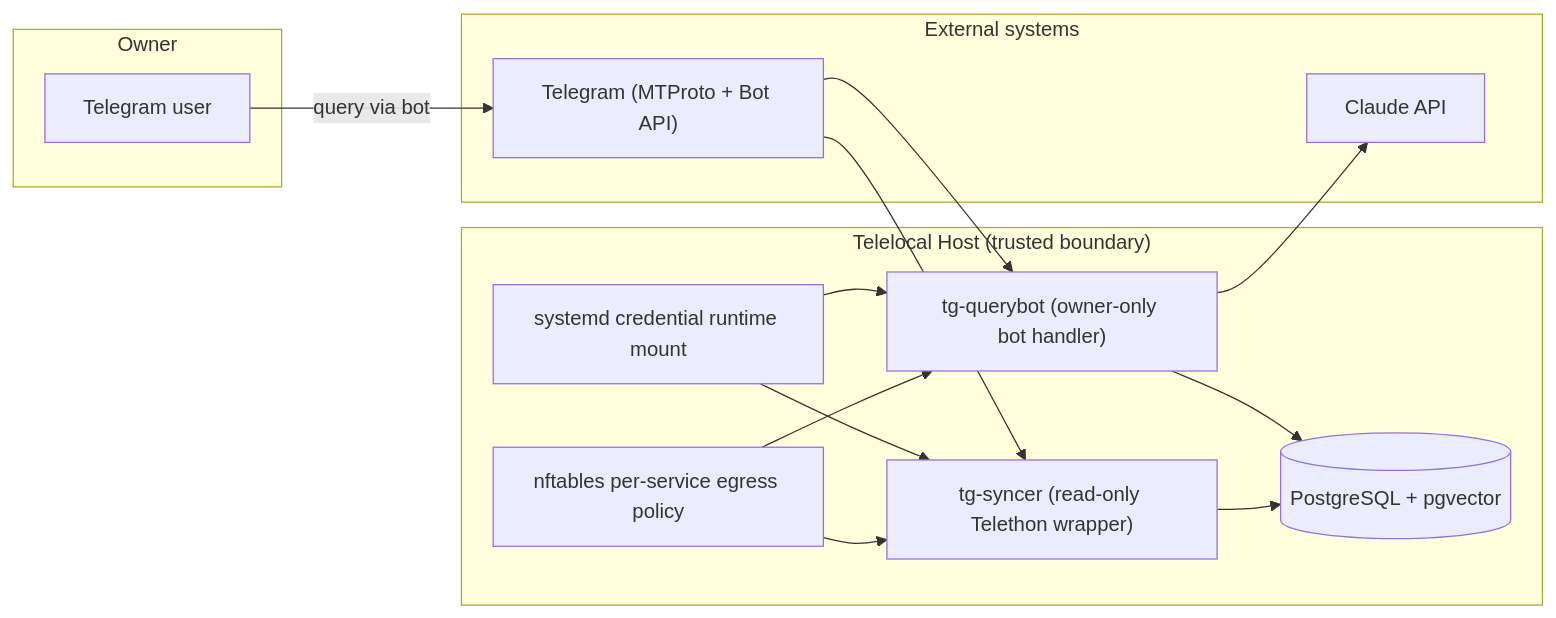
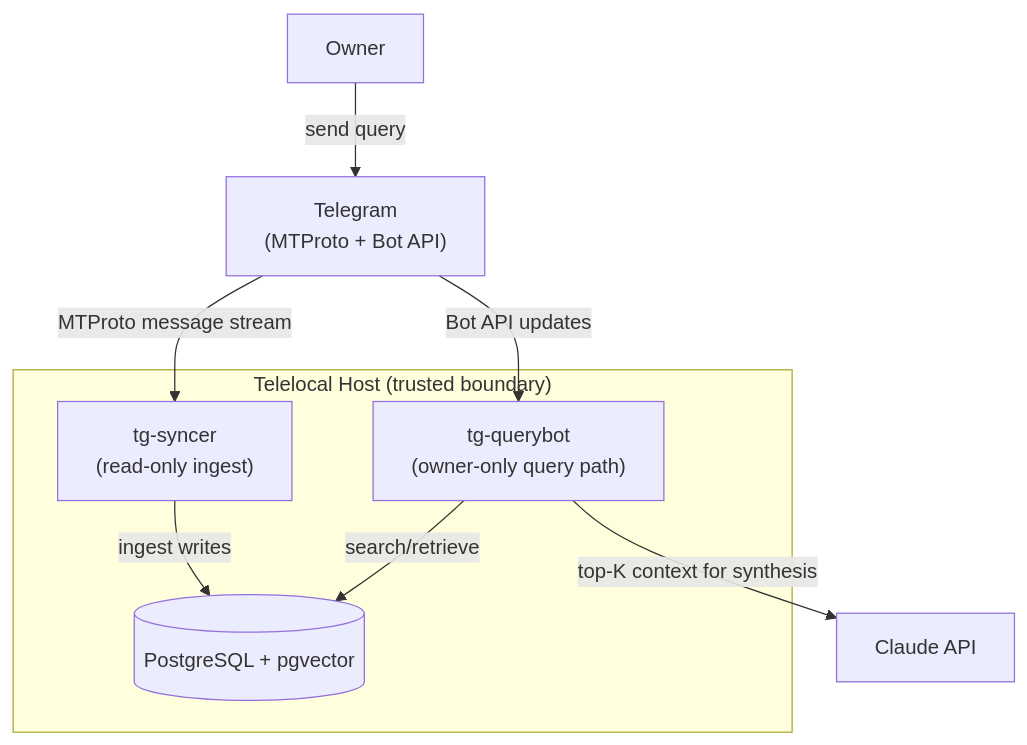
The first of 2 diagrams in README.md (obheda12/telelocal), drawn with Mermaid before and after one commit. The commit also changed other lines of this file, not shown here.

Commit message:
Simplify README architecture diagram and add intent notes

````diff
--- a/README.md
+++ b/README.md
@@ -53,30 +53,20 @@
 ```mermaid
-flowchart LR
-    subgraph Owner["Owner"]
-        U["Telegram user"]
+flowchart TB
+    U["Owner"]
+    TG["Telegram<br/>(MTProto + Bot API)"]
+
+    subgraph Host["Telelocal Host (trusted boundary)"]
+        S["tg-syncer<br/>(read-only ingest)"]
+        DB[("PostgreSQL + pgvector")]
+        Q["tg-querybot<br/>(owner-only query path)"]
     end
 
-    subgraph Host["Telelocal Host (trusted boundary)"]
-        S["tg-syncer (read-only Telethon wrapper)"]
-        Q["tg-querybot (owner-only bot handler)"]
-        DB[("PostgreSQL + pgvector")]
-        CRED["systemd credential runtime mount"]
-        NFT["nftables per-service egress policy"]
-    end
+    CL["Claude API"]
 
-    subgraph External["External systems"]
-        TG["Telegram (MTProto + Bot API)"]
-        CL["Claude API"]
-    end
-
-    U -->|"query via bot"| TG
-    TG --> Q
-    Q --> DB
-    Q --> CL
-    TG --> S
-    S --> DB
-    CRED --> S
-    CRED --> Q
-    NFT --> S
-    NFT --> Q
+    U -->|"send query"| TG
+    TG -->|"MTProto message stream"| S
+    S -->|"ingest writes"| DB
+    TG -->|"Bot API updates"| Q
+    Q -->|"search/retrieve"| DB
+    Q -->|"top-K context for synthesis"| CL
 ```
````
